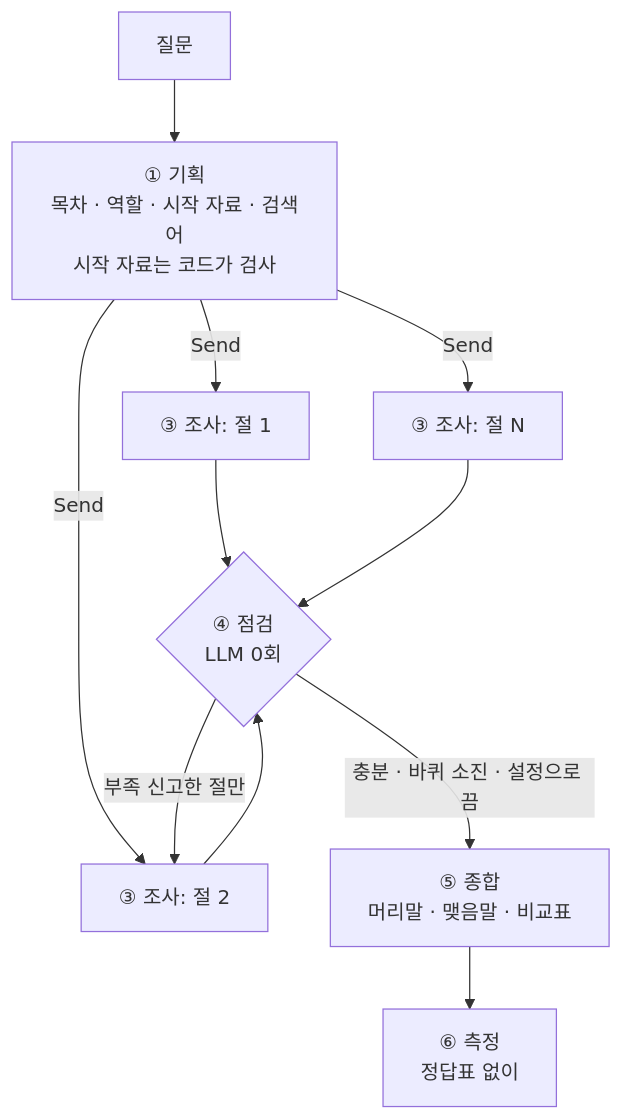
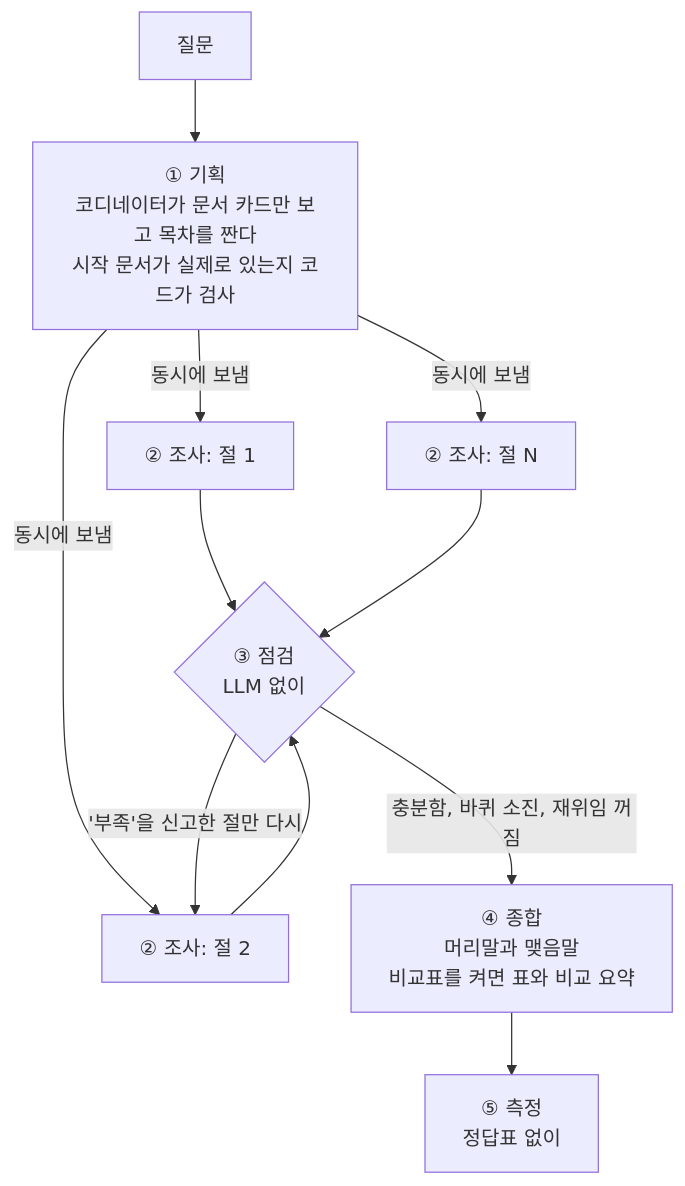
The diagram in README.md (jubyeong-kim/market-deep-researcher), drawn with Mermaid before and after one commit. The commit also changed other lines of this file and 1 other file, not shown here.

````diff
--- a/README.md
+++ b/README.md
@@ -11,11 +17,11 @@
 ```mermaid
 flowchart TD
-    Q[질문] --> P[① 기획<br/>목차 · 역할 · 시작 자료 · 검색어<br/>시작 자료는 코드가 검사]
-    P -->|Send| R1[③ 조사: 절 1]
-    P -->|Send| R2[③ 조사: 절 2]
-    P -->|Send| R3[③ 조사: 절 N]
-    R1 & R2 & R3 --> C{④ 점검<br/>LLM 0회}
-    C -->|부족 신고한 절만| R2
-    C -->|충분 · 바퀴 소진 · 설정으로 끔| S[⑤ 종합<br/>머리말 · 맺음말 · 비교표]
-    S --> M[⑥ 측정<br/>정답표 없이]
+    Q[질문] --> P[① 기획<br/>코디네이터가 문서 카드만 보고 목차를 짠다<br/>시작 문서가 실제로 있는지 코드가 검사]
+    P -->|동시에 보냄| R1[② 조사: 절 1]
+    P -->|동시에 보냄| R2[② 조사: 절 2]
+    P -->|동시에 보냄| R3[② 조사: 절 N]
+    R1 & R2 & R3 --> C{③ 점검<br/>LLM 없이}
+    C -->|'부족'을 신고한 절만 다시| R2
+    C -->|충분함, 바퀴 소진, 재위임 꺼짐| S[④ 종합<br/>머리말과 맺음말<br/>비교표를 켜면 표와 비교 요약]
+    S --> M[⑤ 측정<br/>정답표 없이]
 ```
````
